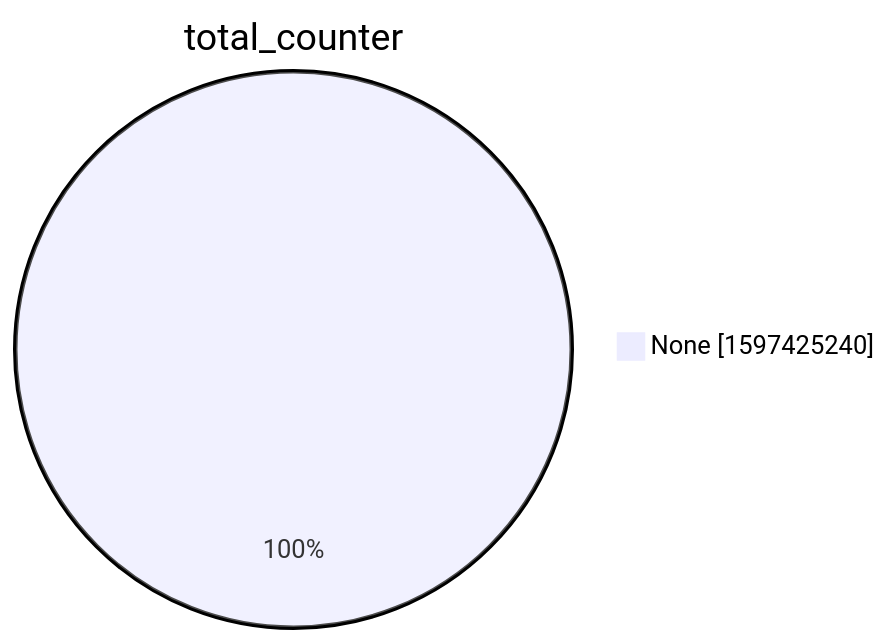
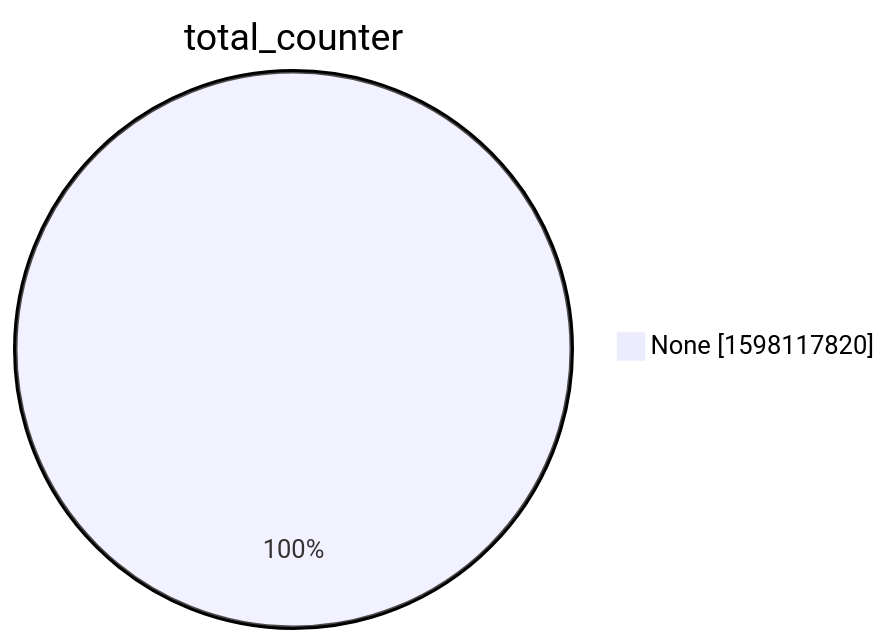
Before and after one commit to christiankrug/ctmonitor_visualization: the second of 15 diagrams in xenon2022/README.md, drawn with Mermaid. The commit also changed other lines of this file, not shown here.

````diff
--- a/xenon2022/README.md
+++ b/xenon2022/README.md
@@ -9,5 +9,5 @@
 ```mermaid
 pie showData
 title total_counter
-"None" :1597425240
+"None" :1598117820
 ```
````
